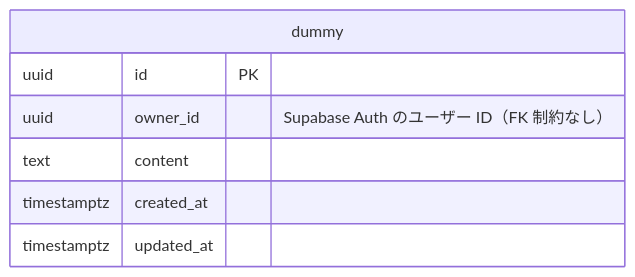
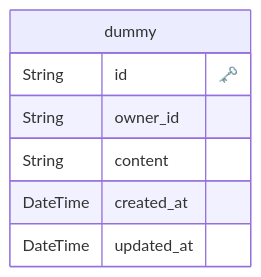
One commit to Hitamuki/study-web-modern-stack changed the diagram in docs/er-diagram.md. Above: the diagram before and after it, drawn with Mermaid. The commit also changed other lines of this file and 10 other files, not shown here.

First line of the commit message:
build: ER 図を schema.prisma からの自動生成に切り替える #106

````diff
--- a/docs/er-diagram.md
+++ b/docs/er-diagram.md
@@ -5,10 +1,12 @@
 ```mermaid
 erDiagram
-  dummy {
-    uuid id PK
-    uuid owner_id "Supabase Auth のユーザー ID（FK 制約なし）"
-    text content
-    timestamptz created_at
-    timestamptz updated_at
-  }
+
+  "dummy" {
+    String id "🗝️"
+    String owner_id 
+    String content 
+    DateTime created_at 
+    DateTime updated_at 
+    }
+  
 ```
````
